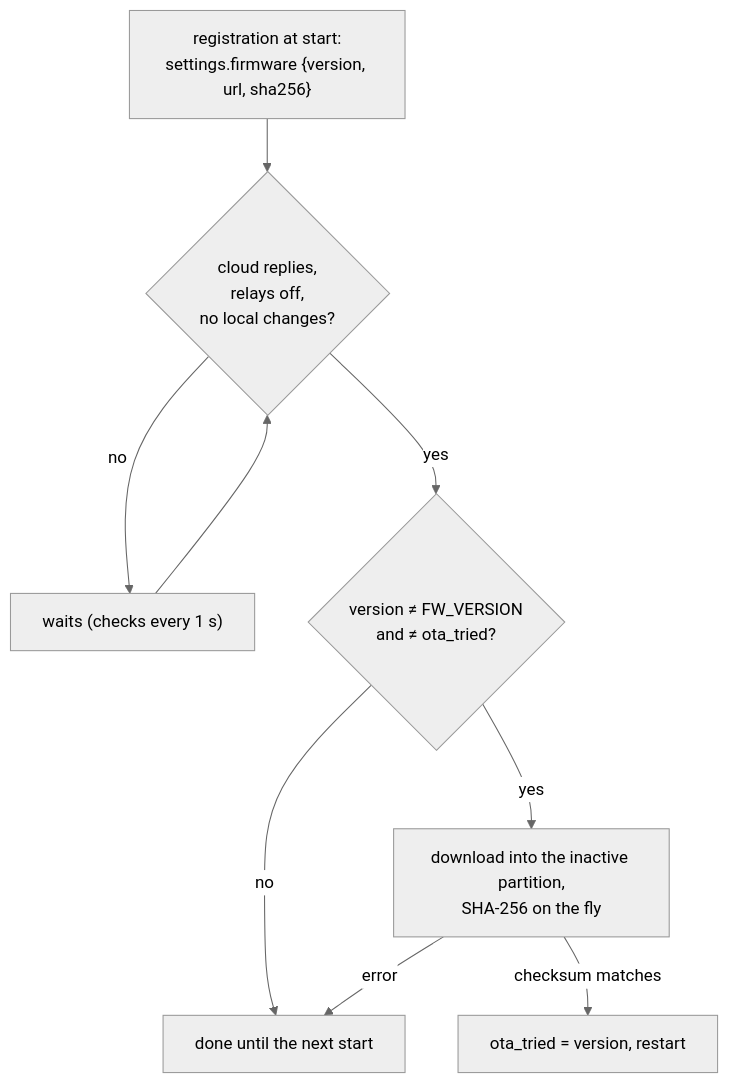
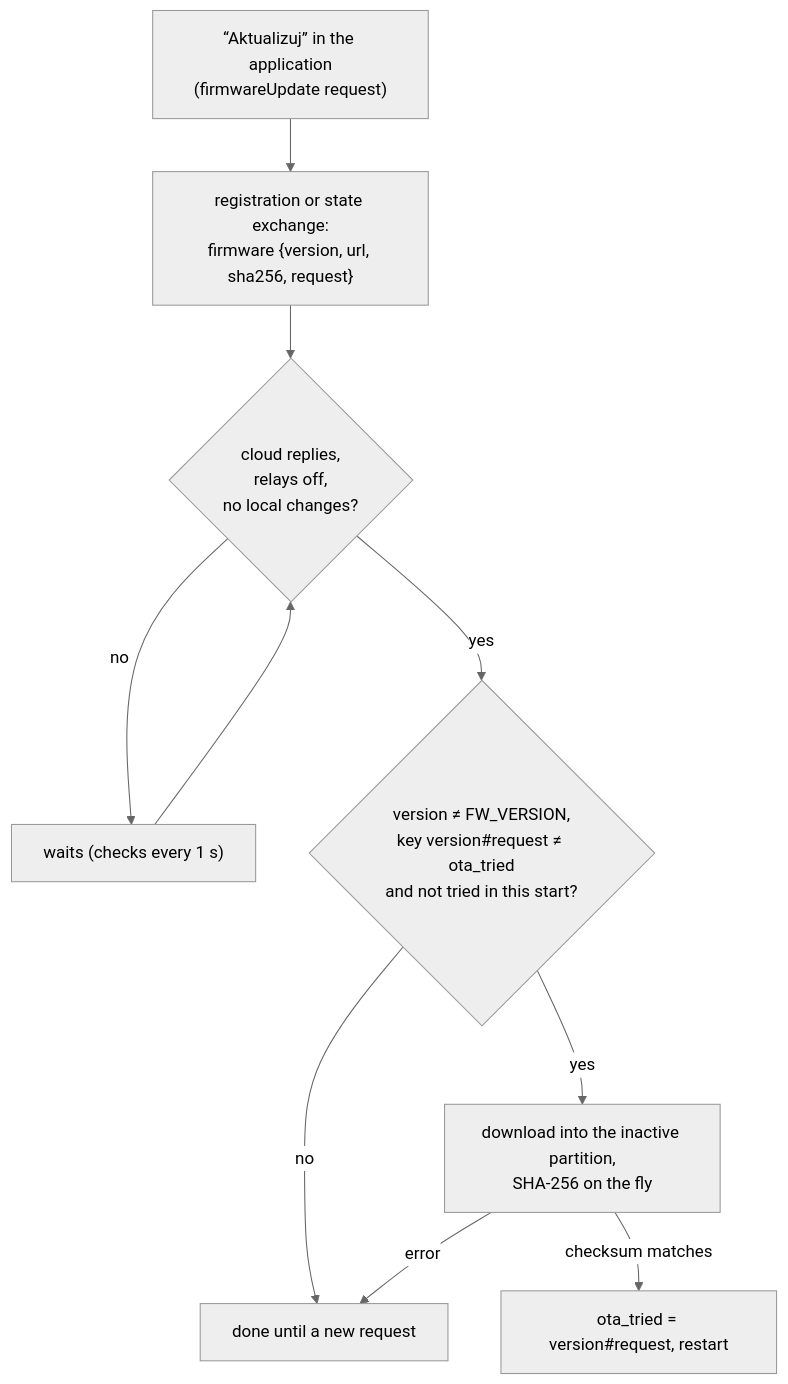
The fourth of 4 diagrams in devices/switch/docs/en/2-how-it-works.md (robertorlowski/chpc-web), drawn with Mermaid (neutral theme) before and after one commit. The commit also changed other lines of this file and 55 other files, not shown here.

First line of the commit message:
Aktualizacja firmware na zlecenie („Aktualizuj”) dla hydroforu, włącznika i pieca; OTA pieca z chmury (firmware 1.5.0), włącznik 1.1.0; piec: przełącznik „Kocioł: Włączony / Wyłączony”

````diff
--- a/devices/switch/docs/en/2-how-it-works.md
+++ b/devices/switch/docs/en/2-how-it-works.md
@@ -100,10 +100,11 @@
 ```mermaid
 flowchart TD
-    R["registration at start:<br/>settings.firmware {version, url, sha256}"] --> C{"cloud replies,<br/>relays off,<br/>no local changes?"}
+    A["“Aktualizuj” in the application<br/>(firmwareUpdate request)"] --> R["registration or state exchange:<br/>firmware {version, url, sha256, request}"]
+    R --> C{"cloud replies,<br/>relays off,<br/>no local changes?"}
     C -- no --> W["waits (checks every 1 s)"] --> C
-    C -- yes --> V{"version ≠ FW_VERSION<br/>and ≠ ota_tried?"}
-    V -- no --> X["done until the next start"]
+    C -- yes --> V{"version ≠ FW_VERSION,<br/>key version#request ≠ ota_tried<br/>and not tried in this start?"}
+    V -- no --> X["done until a new request"]
     V -- yes --> D["download into the inactive partition,<br/>SHA-256 on the fly"]
-    D -- "checksum matches" --> B["ota_tried = version, restart"]
+    D -- "checksum matches" --> B["ota_tried = version#request, restart"]
     D -- "error" --> X
 ```
````
